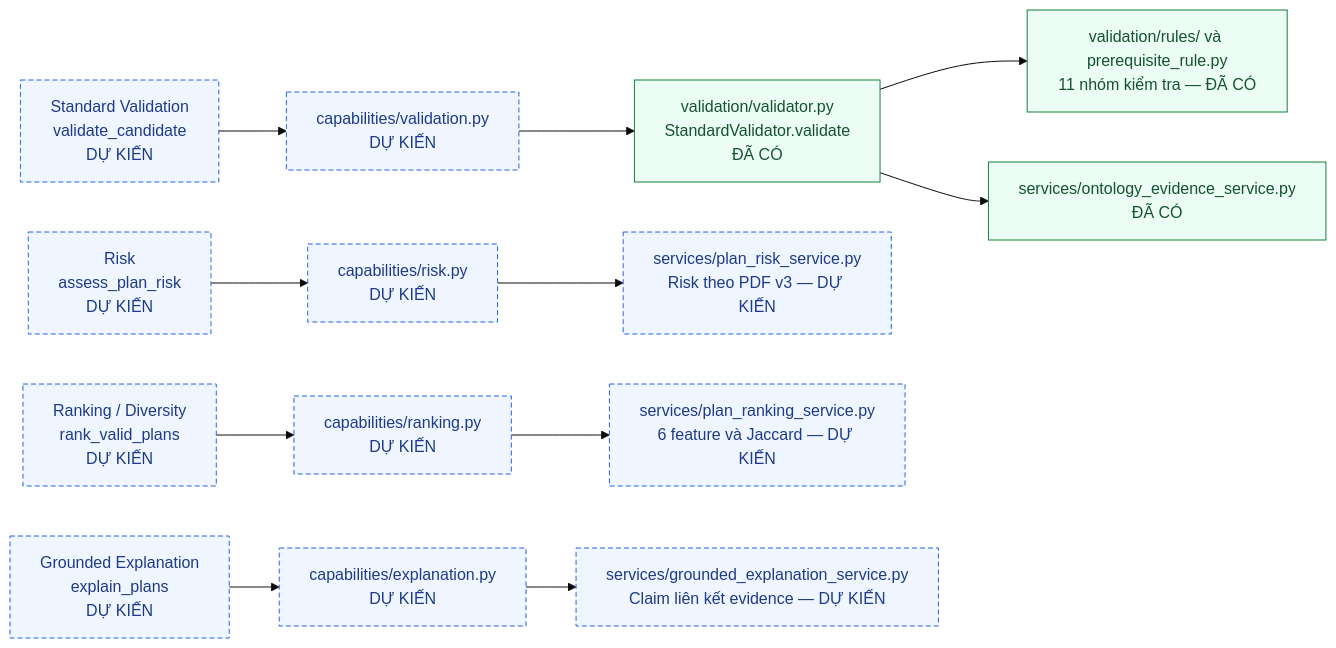
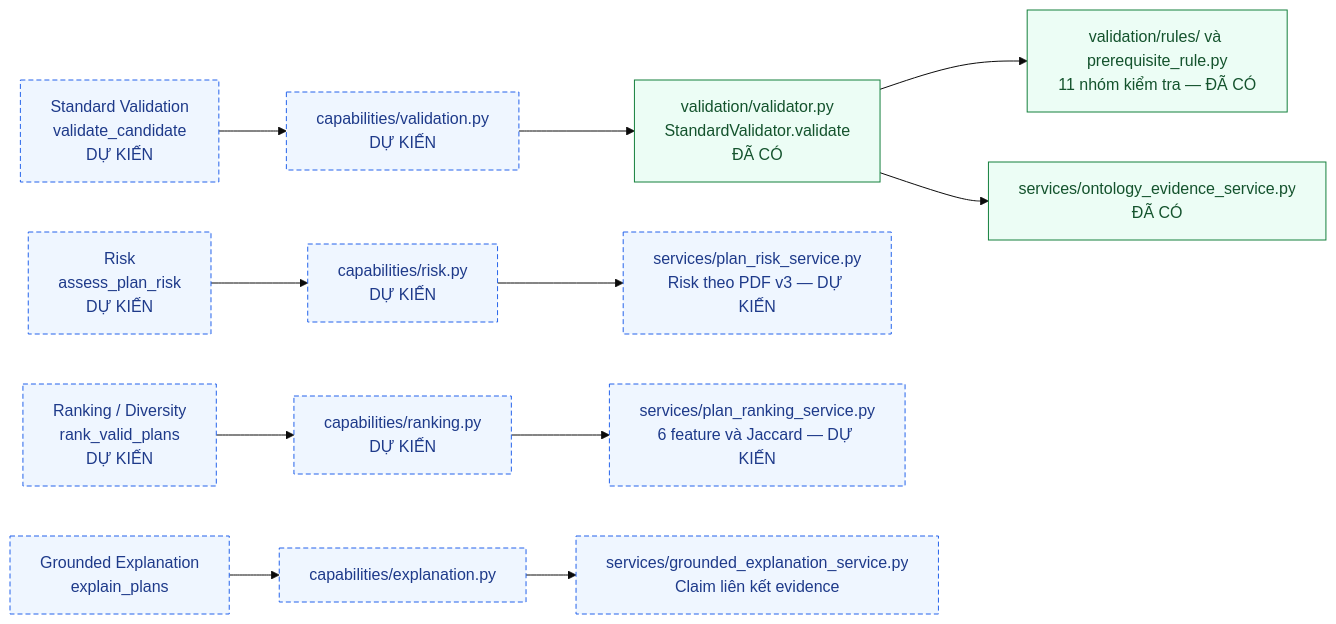
One commit to tandaoduy/personalized-learning-ontology changed the second of 3 diagrams in docs/MAPPING_CAPABILITY_MODULE_TOOL.md. Above: the diagram before and after it, drawn with Mermaid (base theme). The commit also changed 26 other files, not shown here.

````diff
--- a/docs/MAPPING_CAPABILITY_MODULE_TOOL.md
+++ b/docs/MAPPING_CAPABILITY_MODULE_TOOL.md
@@ -42,21 +42,21 @@
 ```mermaid
 flowchart LR
     VA["Standard Validation<br/>validate_candidate<br/>DỰ KIẾN"] --> VAA["capabilities/validation.py<br/>DỰ KIẾN"]
     VAA --> VAS["validation/validator.py<br/>StandardValidator.validate<br/>ĐÃ CÓ"]
     VAS --> VR["validation/rules/ và prerequisite_rule.py<br/>11 nhóm kiểm tra — ĐÃ CÓ"]
     VAS --> VE["services/ontology_evidence_service.py<br/>ĐÃ CÓ"]
 
     RI["Risk<br/>assess_plan_risk<br/>DỰ KIẾN"] --> RIA["capabilities/risk.py<br/>DỰ KIẾN"]
     RIA --> RIS["services/plan_risk_service.py<br/>Risk theo PDF v3 — DỰ KIẾN"]
 
     RA["Ranking / Diversity<br/>rank_valid_plans<br/>DỰ KIẾN"] --> RAA["capabilities/ranking.py<br/>DỰ KIẾN"]
     RAA --> RAS["services/plan_ranking_service.py<br/>6 feature và Jaccard — DỰ KIẾN"]
 
-    EX["Grounded Explanation<br/>explain_plans<br/>DỰ KIẾN"] --> EXA["capabilities/explanation.py<br/>DỰ KIẾN"]
-    EXA --> EXS["services/grounded_explanation_service.py<br/>Claim liên kết evidence — DỰ KIẾN"]
+    EX["Grounded Explanation<br/>explain_plans"] --> EXA["capabilities/explanation.py"]
+    EXA --> EXS["services/grounded_explanation_service.py<br/>Claim liên kết evidence"]
 
     classDef existing fill:#ecfdf5,stroke:#15803d,color:#14532d;
     classDef planned fill:#eff6ff,stroke:#2563eb,color:#1e3a8a,stroke-dasharray:5 3;
     class VAS,VR,VE existing;
     class VA,VAA,RI,RIA,RIS,RA,RAA,RAS,EX,EXA,EXS planned;
 ```
````
